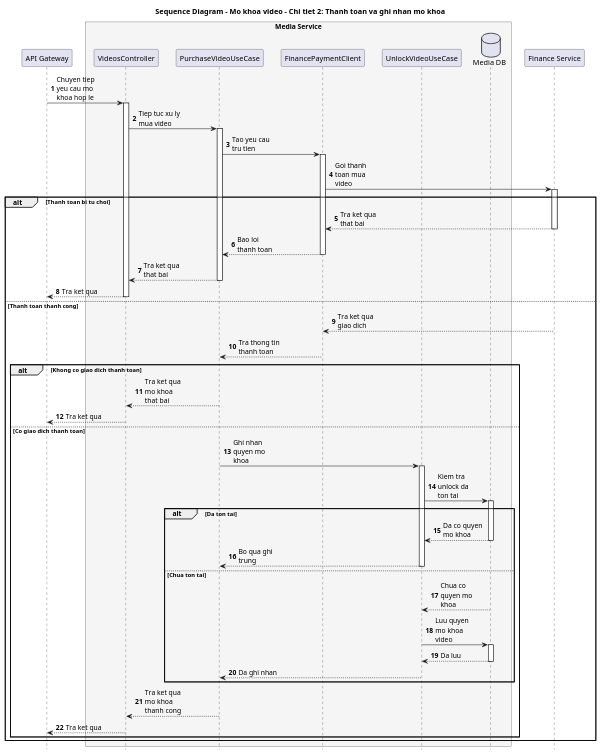
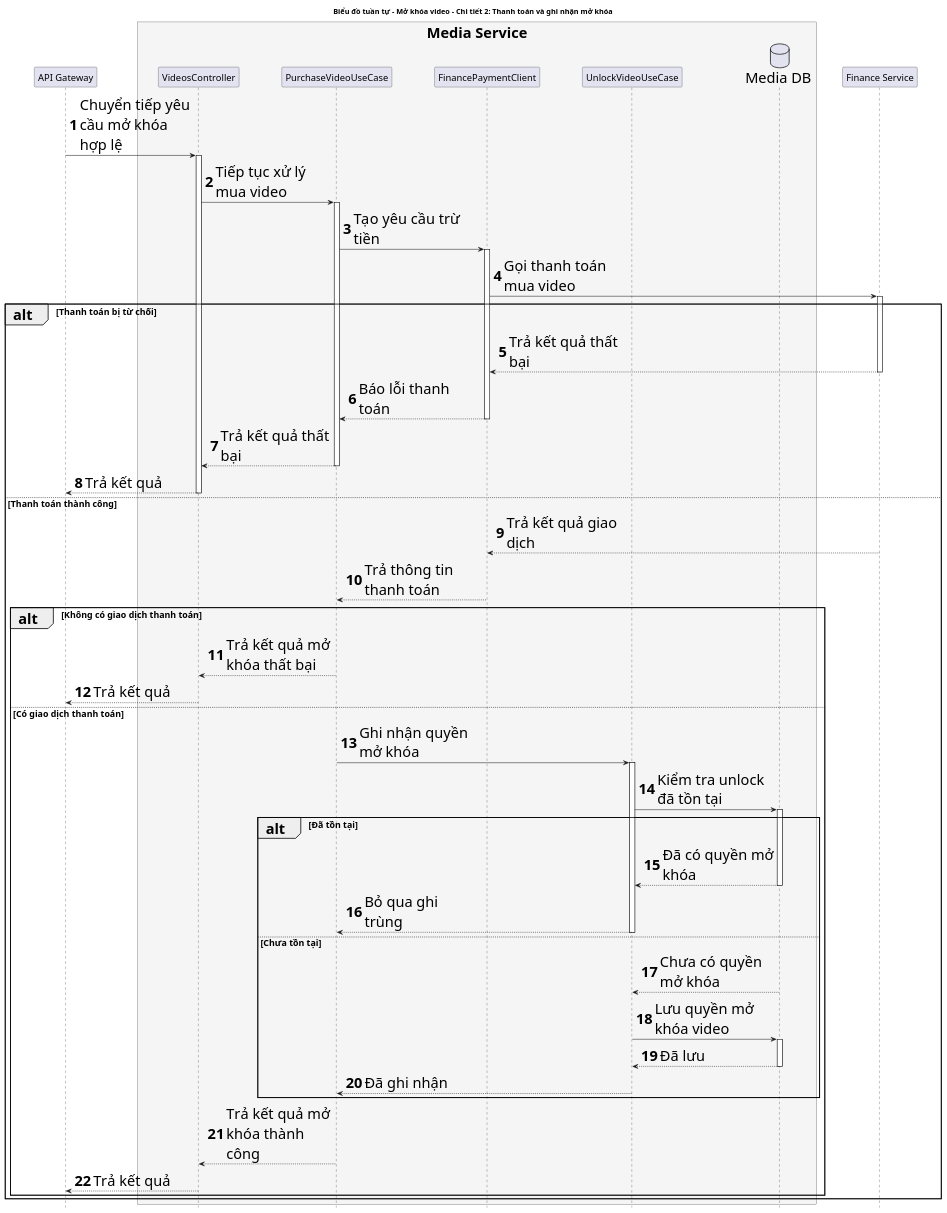
The diagram in docs/sequence-diagrams/unlock-video/unlock-video-detail-02-payment-and-unlock.puml (nanhph04/media-serivce-da), drawn with PlantUML before and after one commit. The commit also changed 36 other files, not shown here.

First line of the commit message:
Refactor and enhance activity and sequence diagrams for video management and admin channel locking

```diff
--- a/docs/sequence-diagrams/unlock-video/unlock-video-detail-02-payment-and-unlock.puml
+++ b/docs/sequence-diagrams/unlock-video/unlock-video-detail-02-payment-and-unlock.puml
@@ -1,59 +1,67 @@
 @startuml
-title Sequence Diagram - Mo khoa video - Chi tiet 2: Thanh toan va ghi nhan mo khoa
+title Biểu đồ tuần tự - Mở khóa video - Chi tiết 2: Thanh toán và ghi nhận mở khóa
 autonumber
 autoactivate on
 hide footbox
 
-skinparam maxMessageSize 80
-skinparam ParticipantPadding 12
+skinparam maxMessageSize 220
+skinparam ParticipantPadding 36
+skinparam defaultFontSize 28
+skinparam sequence {
+  ActorFontSize 18
+  ParticipantFontSize 18
+  MessageFontSize 17
+  GroupFontSize 17
+  ReferenceFontSize 17
+}               
 skinparam BoxPadding 8
 
 participant "API Gateway" as GW
 
 box "Media Service" #F5F5F5
   participant "VideosController" as VC
   participant "PurchaseVideoUseCase" as PurchaseUC
   participant "FinancePaymentClient" as FinanceClient
   participant "UnlockVideoUseCase" as UnlockUC
   database "Media DB" as DB
 end box
 
 participant "Finance Service" as FS
 
-GW -> VC: Chuyen tiep yeu cau mo khoa hop le
-VC -> PurchaseUC: Tiep tuc xu ly mua video
-PurchaseUC -> FinanceClient: Tao yeu cau tru tien
-FinanceClient -> FS: Goi thanh toan mua video
+GW -> VC: Chuyển tiếp yêu cầu mở khóa hợp lệ
+VC -> PurchaseUC: Tiếp tục xử lý mua video
+PurchaseUC -> FinanceClient: Tạo yêu cầu trừ tiền
+FinanceClient -> FS: Gọi thanh toán mua video
 
-alt Thanh toan bi tu choi
-  FS --> FinanceClient: Tra ket qua that bai
-  FinanceClient --> PurchaseUC: Bao loi thanh toan
-  PurchaseUC --> VC: Tra ket qua that bai
-  VC --> GW: Tra ket qua
-else Thanh toan thanh cong
-  FS --> FinanceClient: Tra ket qua giao dich
-  FinanceClient --> PurchaseUC: Tra thong tin thanh toan
+alt Thanh toán bị từ chối
+  FS --> FinanceClient: Trả kết quả thất bại
+  FinanceClient --> PurchaseUC: Báo lỗi thanh toán
+  PurchaseUC --> VC: Trả kết quả thất bại
+  VC --> GW: Trả kết quả
+else Thanh toán thành công
+  FS --> FinanceClient: Trả kết quả giao dịch
+  FinanceClient --> PurchaseUC: Trả thông tin thanh toán
 
-  alt Khong co giao dich thanh toan
-    PurchaseUC --> VC: Tra ket qua mo khoa that bai
-    VC --> GW: Tra ket qua
-  else Co giao dich thanh toan
-    PurchaseUC -> UnlockUC: Ghi nhan quyen mo khoa
-    UnlockUC -> DB: Kiem tra unlock da ton tai
+  alt Không có giao dịch thanh toán
+    PurchaseUC --> VC: Trả kết quả mở khóa thất bại
+    VC --> GW: Trả kết quả
+  else Có giao dịch thanh toán
+    PurchaseUC -> UnlockUC: Ghi nhận quyền mở khóa
+    UnlockUC -> DB: Kiểm tra unlock đã tồn tại
 
-    alt Da ton tai
-      DB --> UnlockUC: Da co quyen mo khoa
-      UnlockUC --> PurchaseUC: Bo qua ghi trung
-    else Chua ton tai
-      DB --> UnlockUC: Chua co quyen mo khoa
-      UnlockUC -> DB: Luu quyen mo khoa video
-      DB --> UnlockUC: Da luu
-      UnlockUC --> PurchaseUC: Da ghi nhan
+    alt Đã tồn tại
+      DB --> UnlockUC: Đã có quyền mở khóa
+      UnlockUC --> PurchaseUC: Bỏ qua ghi trùng
+    else Chưa tồn tại
+      DB --> UnlockUC: Chưa có quyền mở khóa
+      UnlockUC -> DB: Lưu quyền mở khóa video
+      DB --> UnlockUC: Đã lưu
+      UnlockUC --> PurchaseUC: Đã ghi nhận
     end
 
-    PurchaseUC --> VC: Tra ket qua mo khoa thanh cong
-    VC --> GW: Tra ket qua
+    PurchaseUC --> VC: Trả kết quả mở khóa thành công
+    VC --> GW: Trả kết quả
   end
 end
 
 @enduml
```
